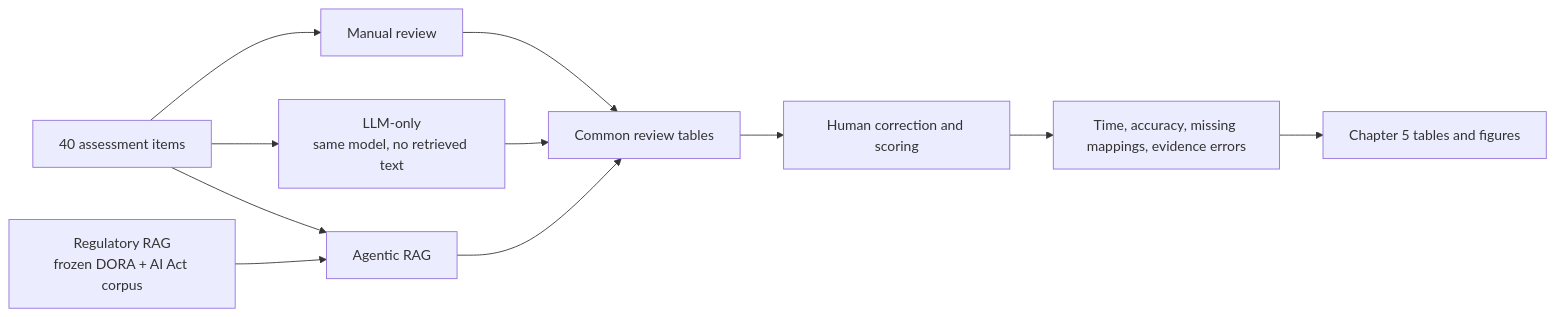
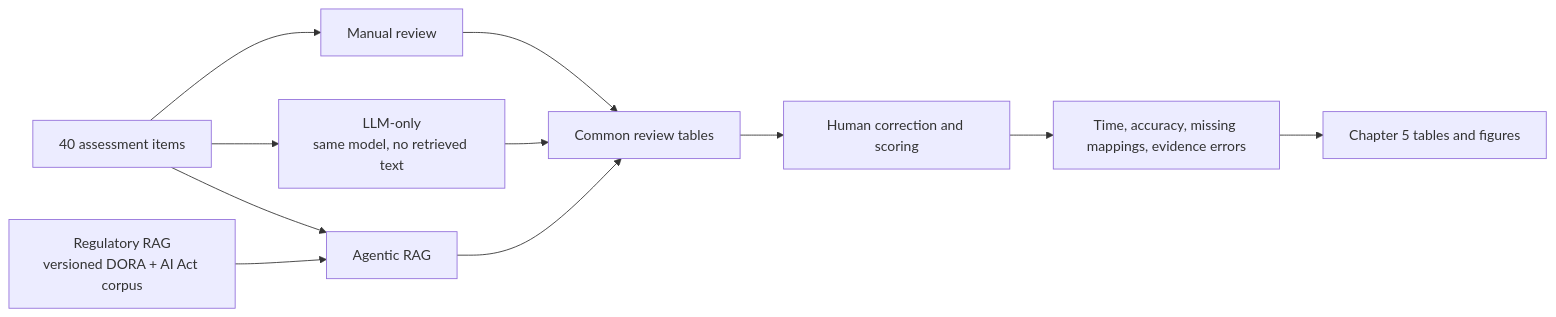
The first of 2 diagrams in thesis_outputs/system_diagrams.md (liyouqi/ai-cyber-risk-thesis), drawn with Mermaid before and after one commit. The commit also changed 293 other files, not shown here.

````diff
--- a/thesis_outputs/system_diagrams.md
+++ b/thesis_outputs/system_diagrams.md
@@ -8,13 +8,13 @@
 ```mermaid
 flowchart LR
     D[40 assessment items] --> M[Manual review]
     D --> L[LLM-only<br/>same model, no retrieved text]
     D --> A[Agentic RAG]
-    R[Regulatory RAG<br/>frozen DORA + AI Act corpus] --> A
+    R[Regulatory RAG<br/>versioned DORA + AI Act corpus] --> A
     M --> O[Common review tables]
     L --> O
     A --> O
     O --> H[Human correction and scoring]
     H --> C[Time, accuracy, missing mappings, evidence errors]
     C --> T[Chapter 5 tables and figures]
 ```
````
